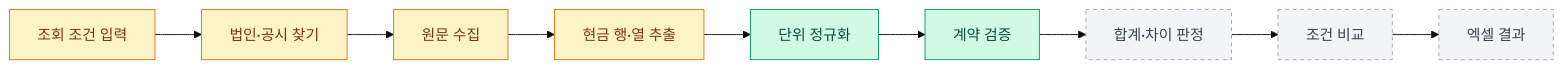
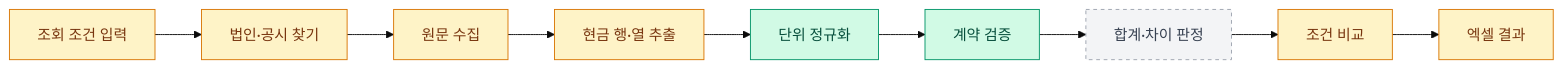
Before and after one commit to YUJAEYUN/Dartness: the diagram in docs/system-status.md, drawn with Mermaid (base theme). The commit also changed other lines of this file and 25 other files, not shown here.

````diff
--- a/docs/system-status.md
+++ b/docs/system-status.md
@@ -11,18 +11,18 @@
 ```mermaid
 flowchart LR
     A[조회 조건 입력] --> B[법인·공시 찾기]
     B --> C[원문 수집]
     C --> D[현금 행·열 추출]
     D --> E[단위 정규화]
     E --> F[계약 검증]
     F --> G[합계·차이 판정]
     G --> H[조건 비교]
     H --> I[엑셀 결과]
 
     classDef done fill:#d1fae5,stroke:#059669,color:#064e3b
     classDef partial fill:#fef3c7,stroke:#d97706,color:#78350f
     classDef todo fill:#f3f4f6,stroke:#9ca3af,color:#374151,stroke-dasharray:4
     class E,F done
-    class A,B,C,D partial
-    class G,H,I todo
+    class A,B,C,D,H,I partial
+    class G todo
 ```
````
